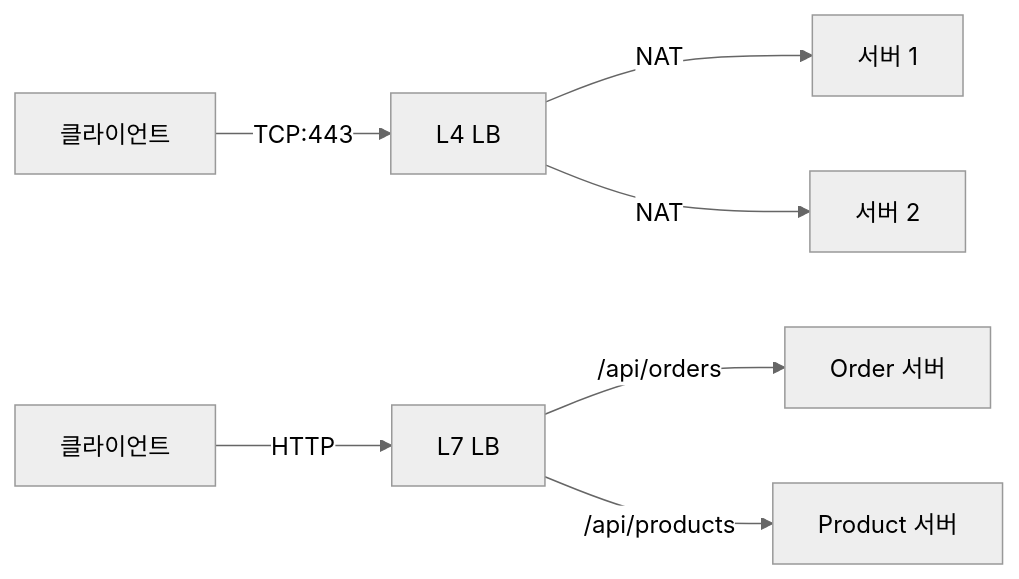
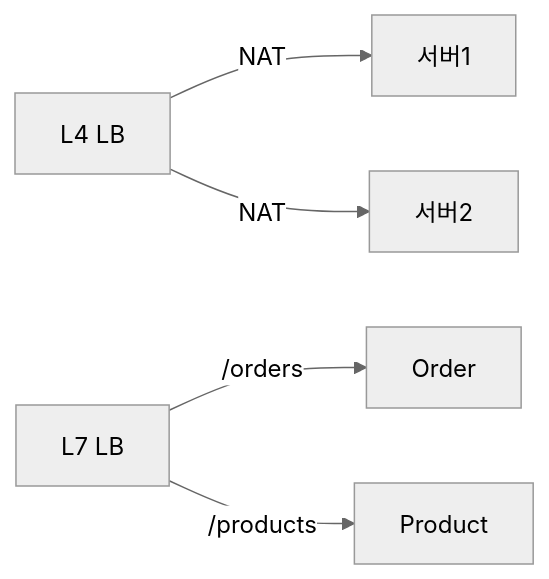
One commit to yjkim2015/yjkim2015.github.io changed the second of 8 diagrams in _posts/network/2026-05-01-load-balancer.md. Above: the diagram before and after it, drawn with Mermaid (neutral theme). The commit also changed other lines of this file and 163 other files, not shown here.

First line of the commit message:
Mermaid 300개 블록 내용 축소: 5노드 5엣지 이하, 의미 있는 약어

````diff
--- a/_posts/network/2026-05-01-load-balancer.md
+++ b/_posts/network/2026-05-01-load-balancer.md
@@ -141,9 +141,7 @@
 ```mermaid
 graph LR
-    C1["클라이언트"] -->|TCP:443| L4LB["L4 LB"]
-    L4LB -->|NAT| S1A["서버 1"]
-    L4LB -->|NAT| S1B["서버 2"]
-    C2["클라이언트"] -->|HTTP| L7LB["L7 LB"]
-    L7LB -->|/api/orders| S2A["Order 서버"]
-    L7LB -->|/api/products| S2B["Product 서버"]
+    L4["L4 LB"] -->|NAT| S1["서버1"]
+    L4 -->|NAT| S2["서버2"]
+    L7["L7 LB"] -->|/orders| O["Order"]
+    L7 -->|/products| P["Product"]
 ```
````
